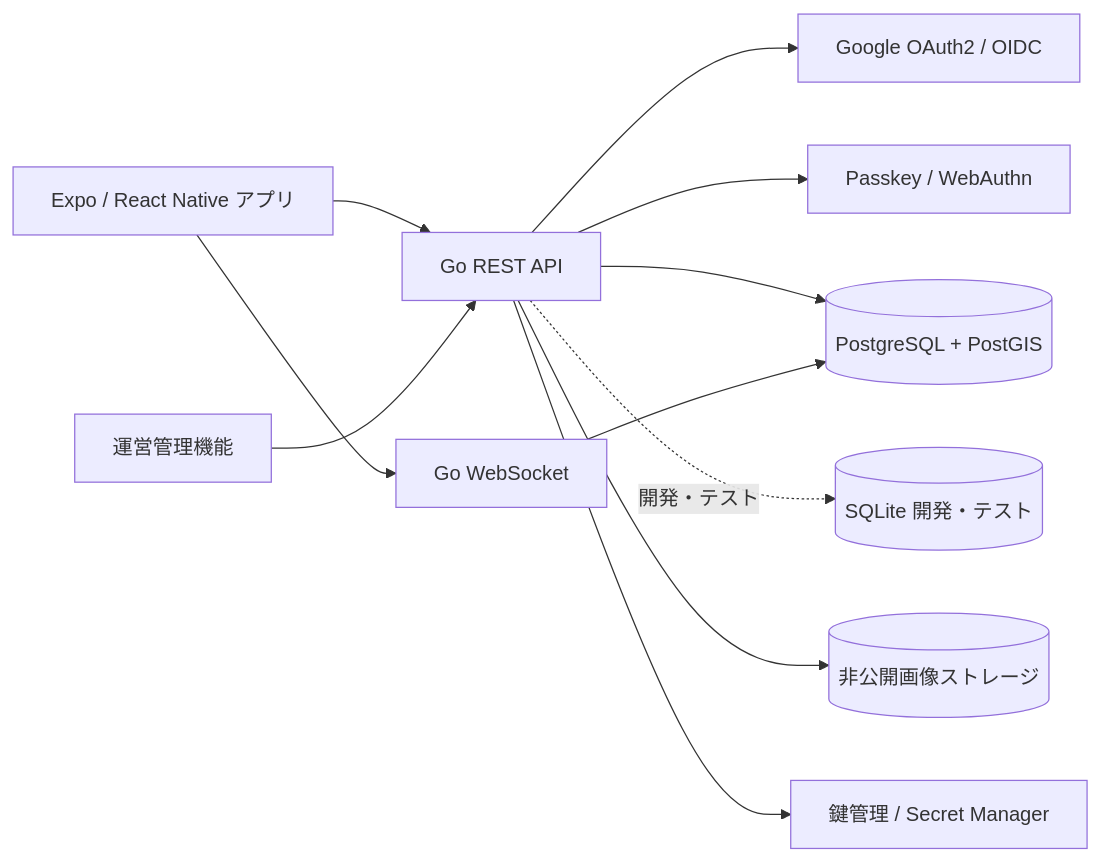
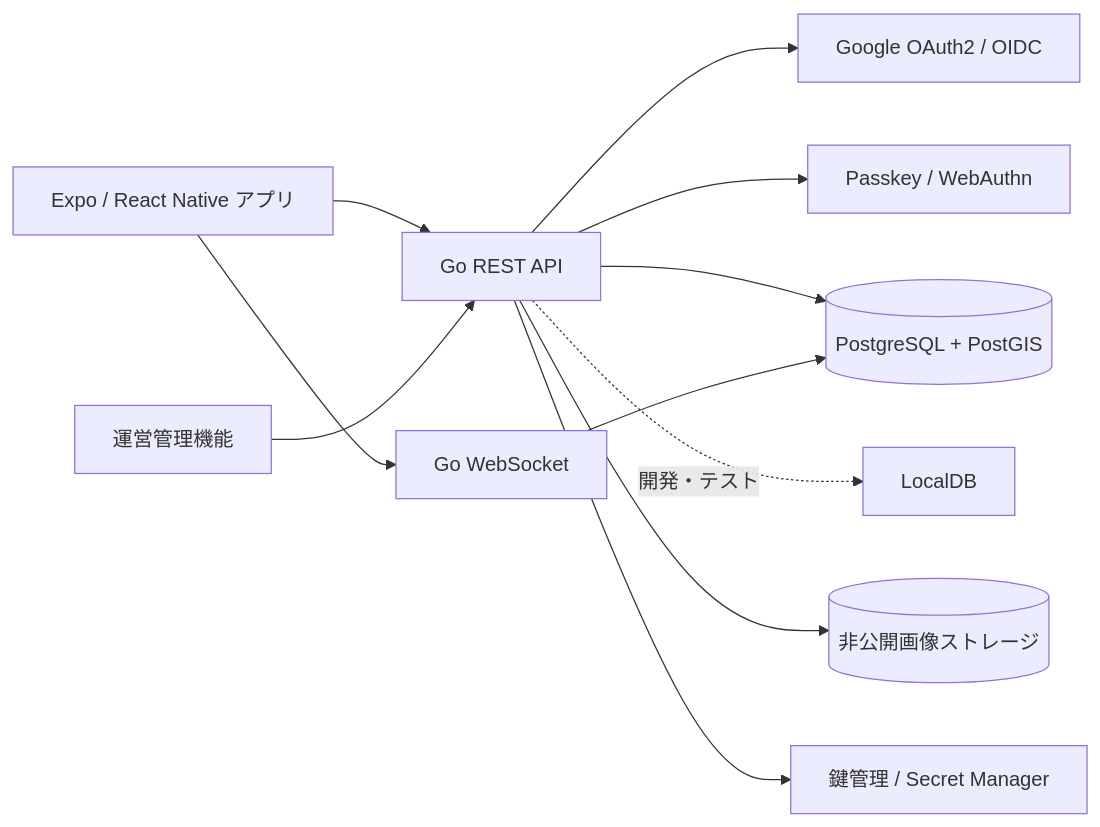
The second of 3 diagrams in docs/requirements.md (Tornado2026-team-j/Samurai-meet), drawn with Mermaid before and after one commit. The commit also changed other lines of this file and 9 other files, not shown here.

````diff
--- a/docs/requirements.md
+++ b/docs/requirements.md
@@ -471,24 +471,23 @@
 ```mermaid
 flowchart LR
     Mobile[Expo / React Native アプリ]
     API[Go REST API]
     WS[Go WebSocket]
     Auth[Google OAuth2 / OIDC]
     Passkey[Passkey / WebAuthn]
     DB[(PostgreSQL + PostGIS)]
-    LocalDB[(SQLite 開発・テスト)]
     Storage[(非公開画像ストレージ)]
     KMS[鍵管理 / Secret Manager]
     Admin[運営管理機能]
 
     Mobile --> API
     Mobile --> WS
     API --> Auth
     API --> Passkey
     API --> DB
     API -. 開発・テスト .-> LocalDB
     API --> Storage
     WS --> DB
     API --> KMS
     Admin --> API
 ```
````
